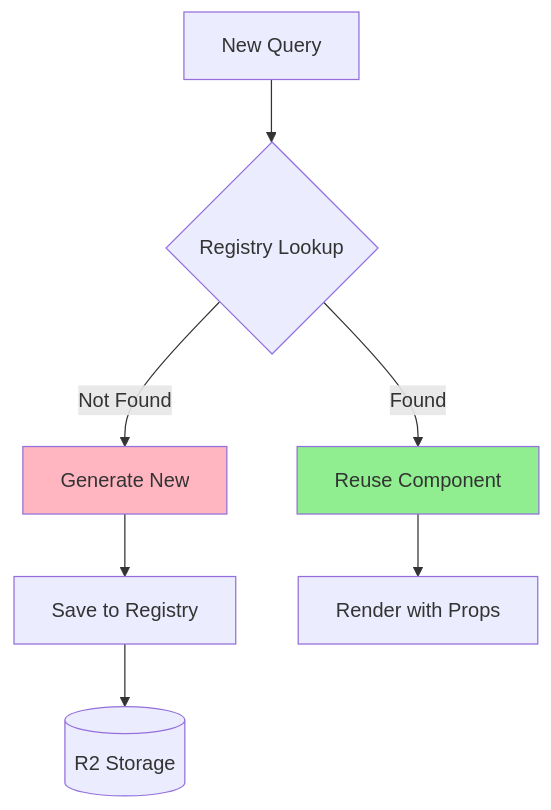
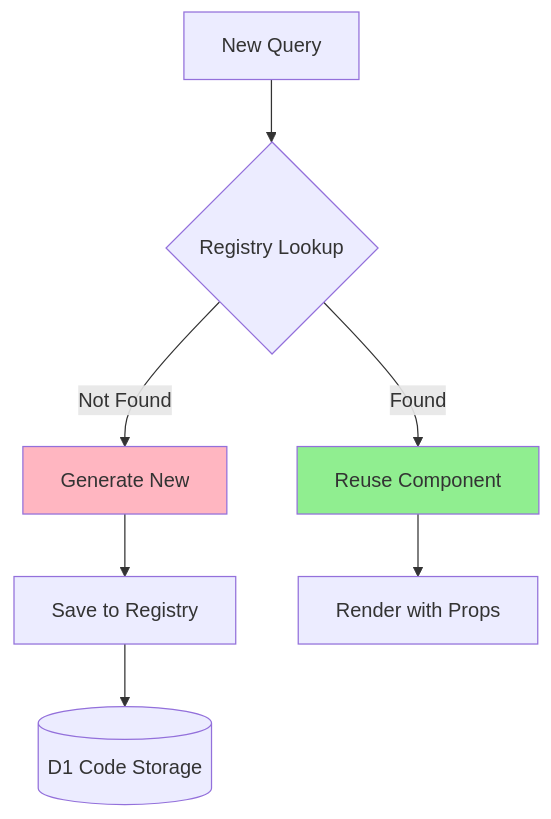
The fifth of 7 diagrams in README.md (Nandan-D14/Generative-UI-chatbot), drawn with Mermaid before and after one commit. The commit also changed other lines of this file and 25 other files, not shown here.

````diff
--- a/README.md
+++ b/README.md
@@ -197,12 +199,12 @@
 ```mermaid
 flowchart TB
     Q[New Query] --> LOOKUP{Registry Lookup}
     LOOKUP --> |Found| REUSE[Reuse Component]
     LOOKUP --> |Not Found| GEN[Generate New]
     GEN --> SAVE[Save to Registry]
-    SAVE --> R2[(R2 Storage)]
+    SAVE --> D1[(D1 Code Storage)]
     REUSE --> RENDER[Render with Props]
     
     style REUSE fill:#90EE90
     style GEN fill:#FFB6C1
 ```
````
